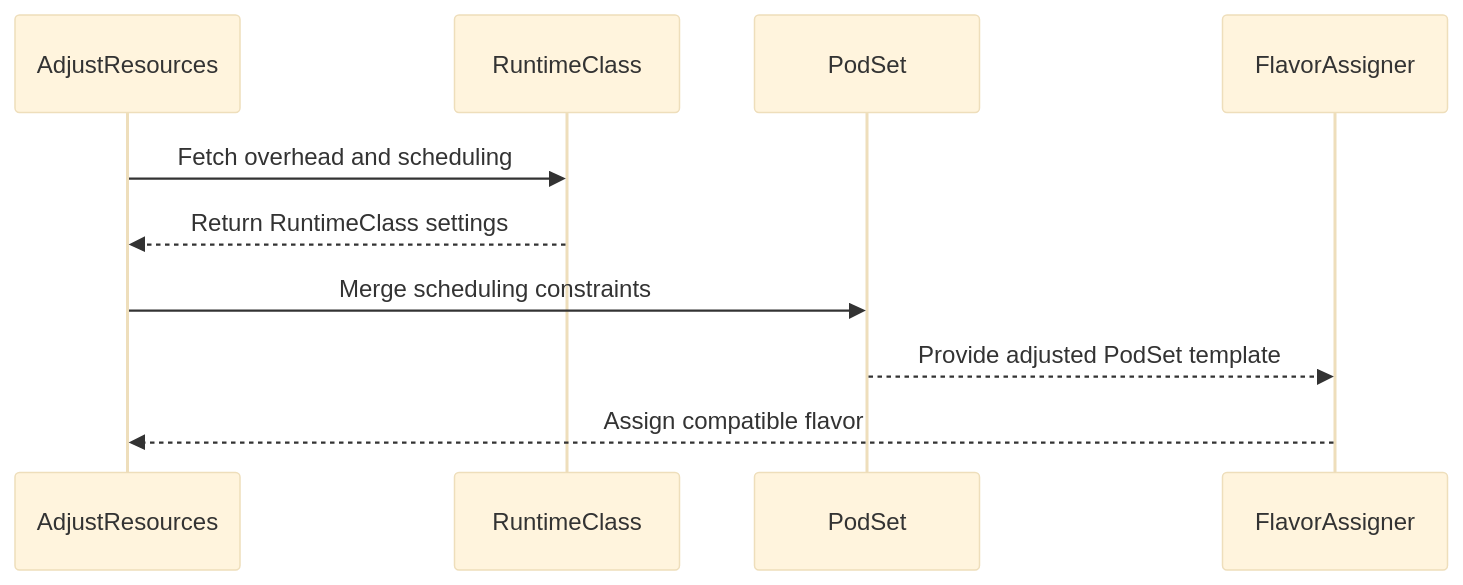
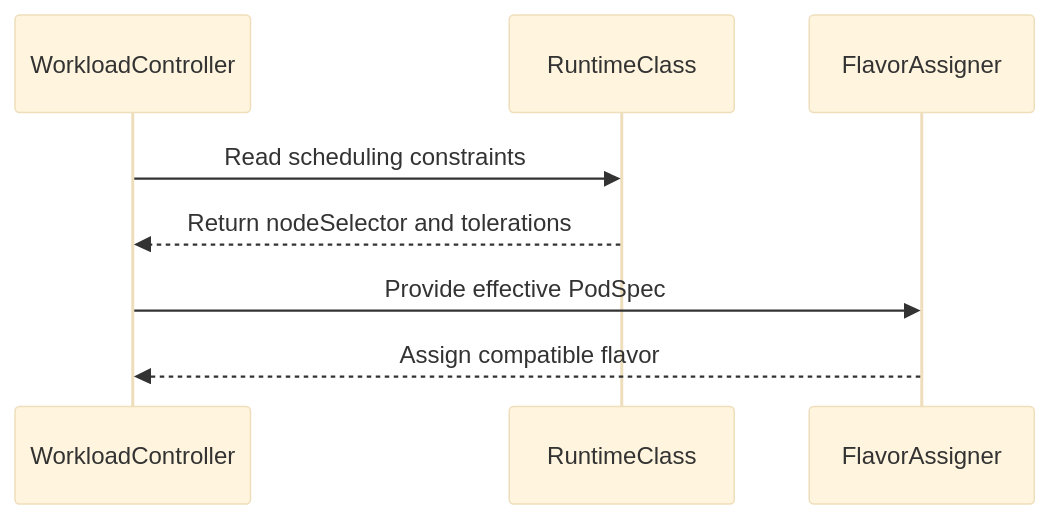
The diagram in raw/github/kubernetes-sigs__kueue/pr-14770.md (reruno/kueue-llm-wiki), drawn with Mermaid (base theme) before and after one commit. The commit also changed other lines of this file and 1137 other files, not shown here.

````diff
--- a/raw/github/kubernetes-sigs__kueue/pr-14770.md
+++ b/raw/github/kubernetes-sigs__kueue/pr-14770.md
@@ -212,12 +243,10 @@
 ```mermaid
 sequenceDiagram
-  participant AdjustResources
+  participant WorkloadController
   participant RuntimeClass
-  participant PodSet
   participant FlavorAssigner
-  AdjustResources->>RuntimeClass: Fetch overhead and scheduling
-  RuntimeClass-->>AdjustResources: Return RuntimeClass settings
-  AdjustResources->>PodSet: Merge scheduling constraints
-  PodSet-->>FlavorAssigner: Provide adjusted PodSet template
-  FlavorAssigner-->>AdjustResources: Assign compatible flavor
+  WorkloadController->>RuntimeClass: Read scheduling constraints
+  RuntimeClass-->>WorkloadController: Return nodeSelector and tolerations
+  WorkloadController->>FlavorAssigner: Provide effective PodSpec
+  FlavorAssigner-->>WorkloadController: Assign compatible flavor
 ```
````
